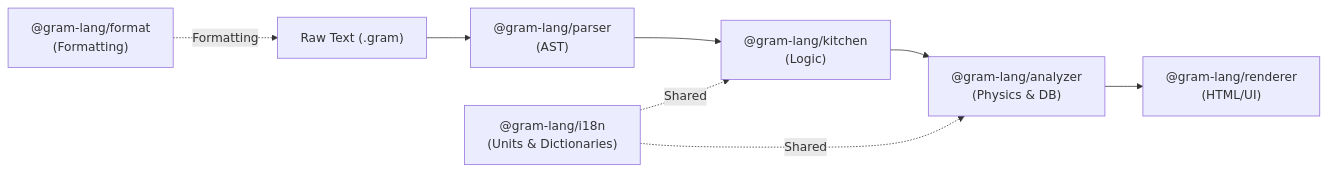
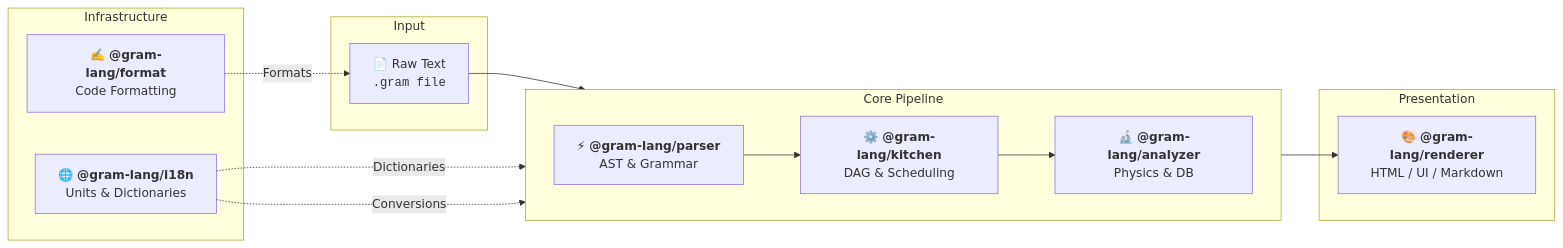
The diagram in packages/docs/src/explanation/engine/lifecycle.md (gram-lang/gram), drawn with Mermaid before and after one commit. The commit also changed 8 other files, not shown here.

Commit message:
docs: update and add mermaid diagrams across documentation

````diff
--- a/packages/docs/src/explanation/engine/lifecycle.md
+++ b/packages/docs/src/explanation/engine/lifecycle.md
@@ -44,10 +44,30 @@
 ```mermaid
-graph LR
-  Raw["Raw Text (.gram)"] --> Parser["@gram-lang/parser<br/>(AST)"]
-  Parser --> Kitchen["@gram-lang/kitchen<br/>(Logic)"]
-  Kitchen --> Analyzer["@gram-lang/analyzer<br/>(Physics & DB)"]
-  Analyzer --> Renderer["@gram-lang/renderer<br/>(HTML/UI)"]
-  Format["@gram-lang/format<br/>(Formatting)"] -. Formatting .-> Raw
-  I18n["@gram-lang/i18n<br/>(Units & Dictionaries)"] -. Shared .-> Kitchen
-  I18n -. Shared .-> Analyzer
+flowchart LR
+    subgraph Input ["Input"]
+        Raw["📄 Raw Text<br/><code>.gram file</code>"]
+    end
+
+    subgraph Pipeline ["Core Pipeline"]
+        direction LR
+        Parser["⚡ <b>@gram-lang/parser</b><br/>AST & Grammar"]
+        Kitchen["⚙️ <b>@gram-lang/kitchen</b><br/>DAG & Scheduling"]
+        Analyzer["🔬 <b>@gram-lang/analyzer</b><br/>Physics & DB"]
+
+        Parser --> Kitchen --> Analyzer
+    end
+
+    subgraph Output ["Presentation"]
+        Renderer["🎨 <b>@gram-lang/renderer</b><br/>HTML / UI / Markdown"]
+    end
+
+    subgraph Infra ["Infrastructure"]
+        Format["✍️ <b>@gram-lang/format</b><br/>Code Formatting"]
+        I18n["🌐 <b>@gram-lang/i18n</b><br/>Units & Dictionaries"]
+    end
+
+    Raw --> Parser
+    Analyzer --> Renderer
+    Format -. Formats .-> Raw
+    I18n -. Dictionaries .-> Kitchen
+    I18n -. Conversions .-> Analyzer
 ```
````
